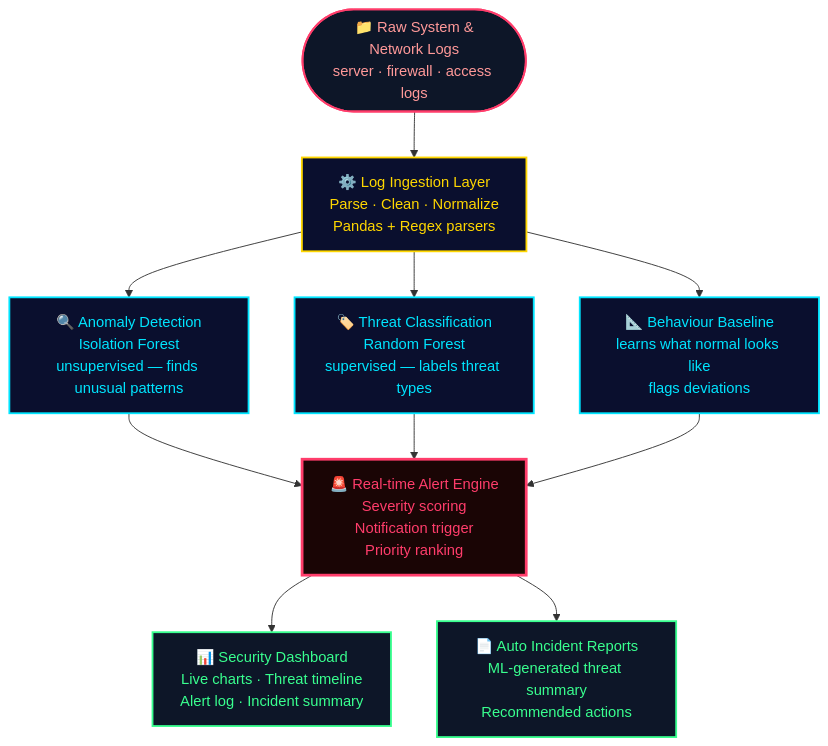
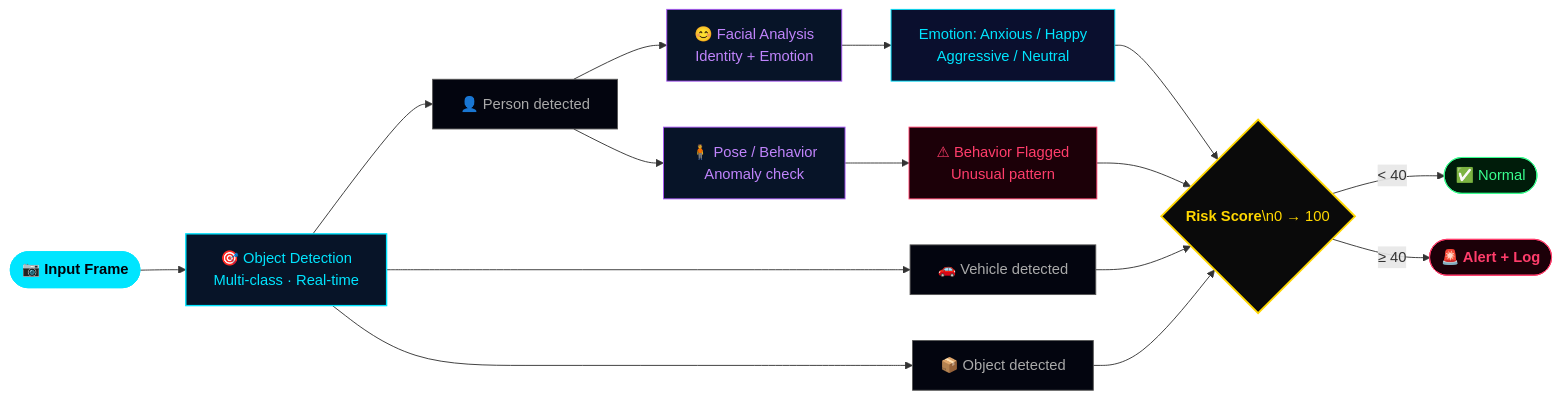
One commit to Jags-08/ai-ml-journey changed diagram 11 of 12 in README.md. Above: the diagram before and after it, drawn with Mermaid. The commit also changed other lines of this file, not shown here.

````diff
--- a/README.md
+++ b/README.md
@@ -563,28 +618,33 @@
 ```mermaid
-flowchart TD
-    LOGS(["📁 Raw System &\nNetwork Logs\nserver · firewall · access logs"]) --> INGEST
+flowchart LR
+    FRAME(["📷 Input Frame"]) --> OBJ
 
-    INGEST["⚙️ Log Ingestion Layer\nParse · Clean · Normalize\nPandas + Regex parsers"]
+    OBJ["🎯 Object Detection\nMulti-class · Real-time"]
 
-    INGEST --> ML1 & ML2 & ML3
+    OBJ --> PERSON["👤 Person detected"]
+    OBJ --> VEHICLE["🚗 Vehicle detected"]
+    OBJ --> OBJECT["📦 Object detected"]
 
-    ML1["🔍 Anomaly Detection\nIsolation Forest\nunsupervised — finds unusual patterns"]
-    ML2["🏷️ Threat Classification\nRandom Forest\nsupervised — labels threat types"]
-    ML3["📐 Behaviour Baseline\nlearns what normal looks like\nflags deviations"]
+    PERSON --> FACE["😊 Facial Analysis\nIdentity + Emotion"]
+    PERSON --> POSE["🧍 Pose / Behavior\nAnomaly check"]
 
-    ML1 & ML2 & ML3 --> ALERT
+    FACE --> EMO["Emotion: Anxious / Happy\nAggressive / Neutral"]
+    POSE --> FLAG["⚠ Behavior Flagged\nUnusual pattern"]
 
-    ALERT["🚨 Real-time Alert Engine\nSeverity scoring\nNotification trigger\nPriority ranking"]
+    EMO & FLAG & VEHICLE & OBJECT --> DECISION{"`**Risk Score**\n0 → 100`"}
+    DECISION -->|"< 40"| CLEAN(["✅ Normal"])
+    DECISION -->|"≥ 40"| ALERT(["🚨 Alert + Log"])
 
-    ALERT --> DASH["📊 Security Dashboard\nLive charts · Threat timeline\nAlert log · Incident summary"]
-    ALERT --> REPORT["📄 Auto Incident Reports\nML-generated threat summary\nRecommended actions"]
-
-    style LOGS fill:#0d1628,stroke:#ff3d6b,stroke-width:2px,color:#ff9999
-    style INGEST fill:#0a0f2e,stroke:#FFD700,stroke-width:2px,color:#FFD700
-    style ML1 fill:#0a0f2e,stroke:#00E5FF,stroke-width:2px,color:#00E5FF
-    style ML2 fill:#0a0f2e,stroke:#00E5FF,stroke-width:2px,color:#00E5FF
-    style ML3 fill:#0a0f2e,stroke:#00E5FF,stroke-width:2px,color:#00E5FF
-    style ALERT fill:#1a0505,stroke:#ff3d6b,stroke-width:3px,color:#ff3d6b
-    style DASH fill:#0d1628,stroke:#39ff8f,stroke-width:2px,color:#39ff8f
-    style REPORT fill:#0d1628,stroke:#39ff8f,stroke-width:2px,color:#39ff8f
+    style FRAME   fill:#00E5FF,color:#000008,stroke:#00E5FF,font-weight:bold
+    style OBJ     fill:#071428,color:#00E5FF,stroke:#00E5FF,stroke-width:1.5px
+    style PERSON  fill:#03050f,stroke:#555,color:#aaa
+    style VEHICLE fill:#03050f,stroke:#555,color:#aaa
+    style OBJECT  fill:#03050f,stroke:#555,color:#aaa
+    style FACE    fill:#071428,color:#c084fc,stroke:#a855f7
+    style POSE    fill:#071428,color:#c084fc,stroke:#a855f7
+    style EMO     fill:#0a0f2e,color:#00E5FF,stroke:#00E5FF
+    style FLAG    fill:#1c0008,color:#ff3d6b,stroke:#ff3d6b
+    style DECISION fill:#0a0a0a,color:#FFD700,stroke:#FFD700,stroke-width:2px
+    style CLEAN   fill:#001c0a,color:#39ff8f,stroke:#39ff8f
+    style ALERT   fill:#1c0008,color:#ff3d6b,stroke:#ff3d6b,font-weight:bold
 ```
````
